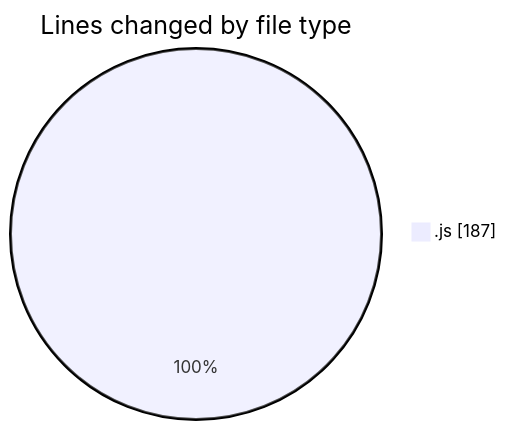
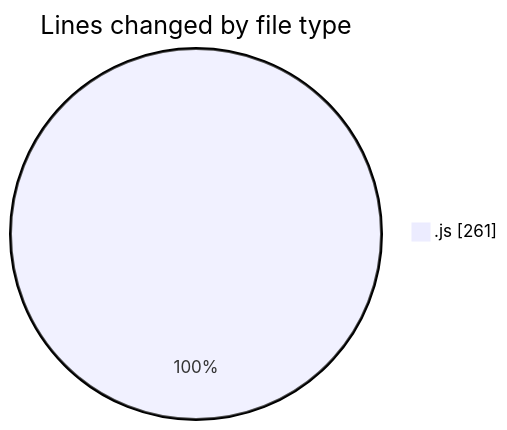
The first of 2 diagrams in 2025-07-22/javascript/README.md (Ritupan-Deka/code-tracking), drawn with Mermaid before and after one commit. The commit also changed other lines of this file and 1 other file, not shown here.

````diff
--- a/2025-07-22/javascript/README.md
+++ b/2025-07-22/javascript/README.md
@@ -21,5 +21,5 @@
 ```mermaid
 pie showData
 title Lines changed by file type
-".js" : 187
+".js" : 261
 ```
````
